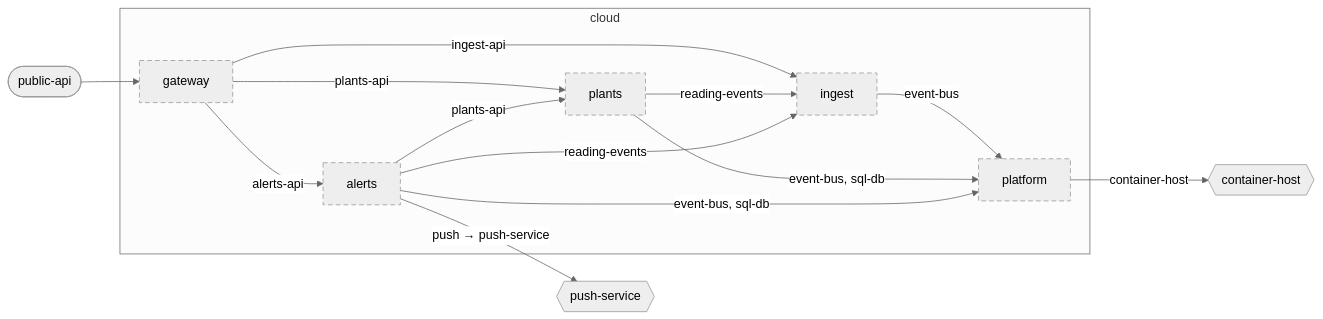
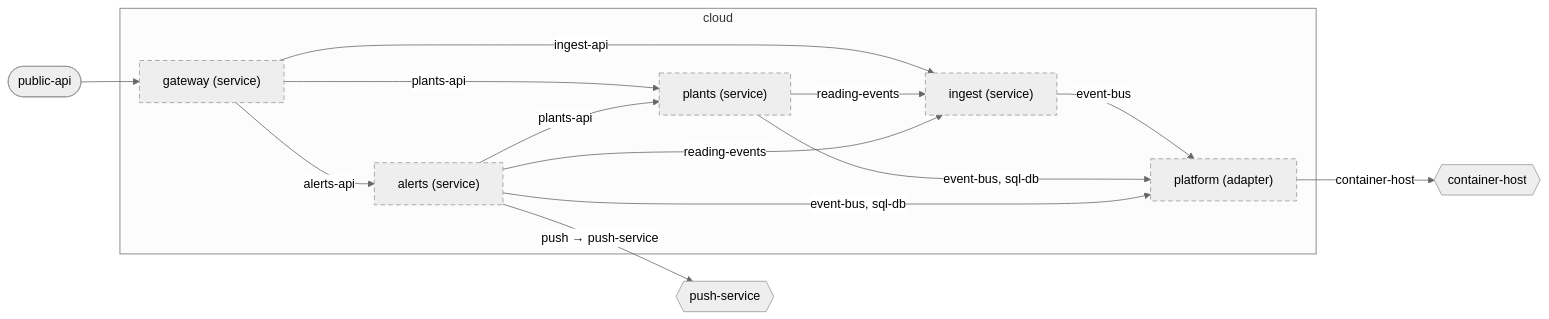
The diagram in examples/plantwatch/cloud/docs/diagrams/component.md (wackazong/unifold), drawn with Mermaid (neutral theme) before and after one commit. The commit also changed other lines of this file and 339 other files, not shown here.

````diff
--- a/examples/plantwatch/cloud/docs/diagrams/component.md
+++ b/examples/plantwatch/cloud/docs/diagrams/component.md
@@ -8,30 +8,30 @@
 ```mermaid
 flowchart LR
   subgraph u_cloud["cloud"]
-    u_cloud__platform["platform"]
-    u_cloud__services__alerts["alerts"]
-    u_cloud__services__gateway["gateway"]
-    u_cloud__services__ingest["ingest"]
-    u_cloud__services__plants["plants"]
+    u_cloud__platform["platform (adapter)"]
+    u_cloud__services__alerts["alerts (service)"]
+    u_cloud__services__gateway["gateway (service)"]
+    u_cloud__services__ingest["ingest (service)"]
+    u_cloud__services__plants["plants (service)"]
   end
   n_cloud___push_dservice{{"push-service"}}
   n_cloud___container_dhost{{"container-host"}}
   p_cloud___public_dapi(["public-api"])
   u_cloud__services__ingest -->|"event-bus"| u_cloud__platform
   u_cloud__services__plants -->|"event-bus, sql-db"| u_cloud__platform
   u_cloud__services__alerts -->|"event-bus, sql-db"| u_cloud__platform
   u_cloud__services__gateway -->|"ingest-api"| u_cloud__services__ingest
   u_cloud__services__gateway -->|"plants-api"| u_cloud__services__plants
   u_cloud__services__gateway -->|"alerts-api"| u_cloud__services__alerts
   u_cloud__services__plants -->|"reading-events"| u_cloud__services__ingest
   u_cloud__services__alerts -->|"reading-events"| u_cloud__services__ingest
   u_cloud__services__alerts -->|"plants-api"| u_cloud__services__plants
   u_cloud__services__alerts -->|"push → push-service"| n_cloud___push_dservice
   u_cloud__platform -->|"container-host"| n_cloud___container_dhost
   p_cloud___public_dapi --> u_cloud__services__gateway
   classDef focus stroke-width:4px
   classDef planned stroke-dasharray:6 4
   classDef deprecated stroke-dasharray:2 2,opacity:0.6
   classDef plain stroke-dasharray:2 3
   class u_cloud__platform,u_cloud__services__alerts,u_cloud__services__gateway,u_cloud__services__ingest,u_cloud__services__plants planned
 ```
````
